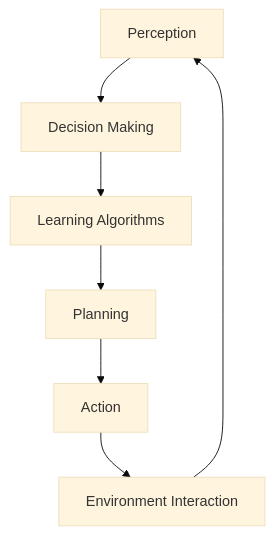
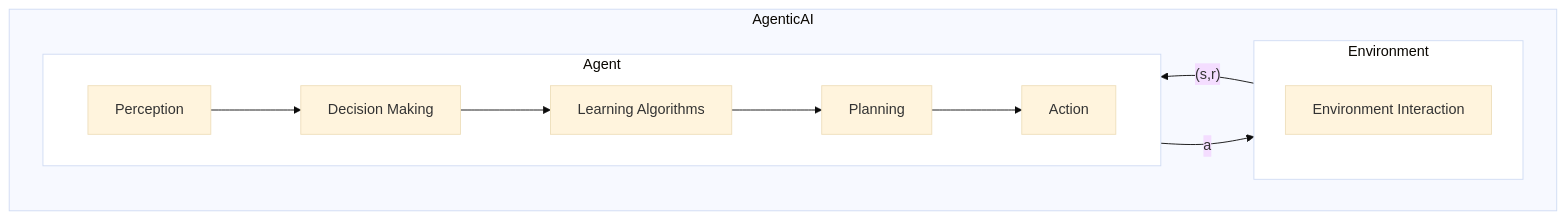
One commit to afondiel/computer-science-notebook changed the diagram in core/ai-ml/ai-agents-notes/ai-agents-notes.md. Above: the diagram before and after it, drawn with Mermaid (base theme). The commit also changed other lines of this file, not shown here.

Commit message:
ai-ml: update ai-agent notes

````diff
--- a/core/ai-ml/ai-agents-notes/ai-agents-notes.md
+++ b/core/ai-ml/ai-agents-notes/ai-agents-notes.md
@@ -46,9 +49,24 @@
 ```mermaid
-graph TD
-    A[Perception] --> B[Decision Making]
-    B --> C[Learning Algorithms]
-    C --> D[Planning]
-    D --> E[Action]
-    E --> F[Environment Interaction]
-    F --> A
+flowchart LR
+    subgraph AgenticAI
+        direction RL
+        subgraph Agent
+            direction LR
+            A[Perception]-->B[Decision Making]
+            B-->C[Learning Algorithms]
+            C-->D[Planning]
+            D-->E[Action]
+        end
+        subgraph Environment
+            direction TB
+            F[Environment Interaction]
+        end
+    
+        Environment--(s,r)-->A
+        E--a-->Environment
+
+        classDef fillin fill: #fff
+        class Environment,Agent fillin
+
+    end
 ```
````
